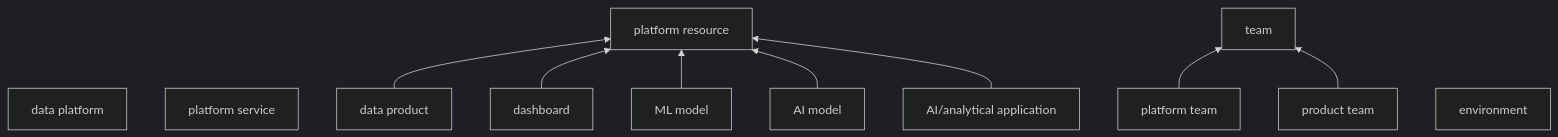
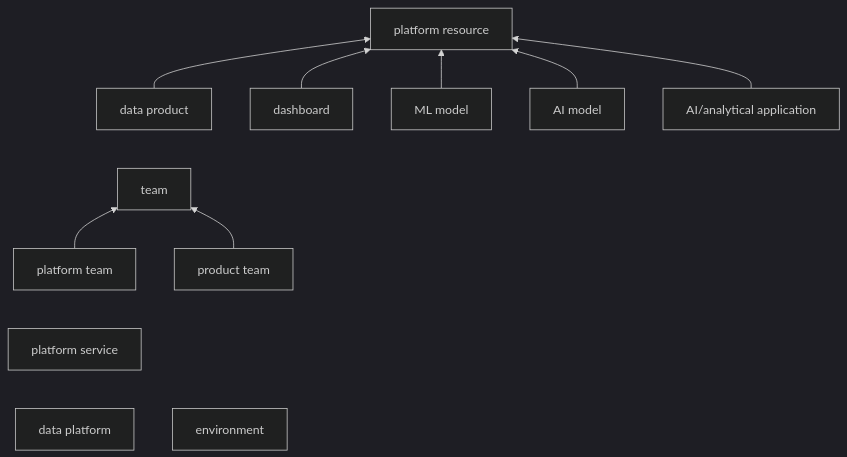
The first of 2 diagrams in data/AcmeDataPlatform/generated/level-1.md (belaboros/UserManualAndDomainAssistant), drawn with Mermaid (dark theme) before and after one commit. The commit also changed other lines of this file and 39 other files, not shown here.

First line of the commit message:
Idea 0001: AcmeDataPlatform level 3 environments, productionization, quality gates, budgets (S58-S65)

````diff
--- a/data/AcmeDataPlatform/generated/level-1.md
+++ b/data/AcmeDataPlatform/generated/level-1.md
@@ -152,22 +13,25 @@
 ```mermaid
 flowchart BT
-    DataPlatform["data platform"]
-    PlatformService["platform service"]
     PlatformResource["platform resource"]
     DataProduct["data product"]
     Dashboard["dashboard"]
     MLModel["ML model"]
     AIModel["AI model"]
     AIAnalyticalApplication["AI/analytical application"]
     Team["team"]
     PlatformTeam["platform team"]
     ProductTeam["product team"]
+    PlatformService["platform service"]
+    DataPlatform["data platform"]
     Environment["environment"]
     DataProduct --> PlatformResource
     Dashboard --> PlatformResource
     MLModel --> PlatformResource
     AIModel --> PlatformResource
     AIAnalyticalApplication --> PlatformResource
     PlatformTeam --> Team
     ProductTeam --> Team
+    Team ~~~ DataProduct
+    PlatformService ~~~ PlatformTeam
+    DataPlatform ~~~ PlatformService
 ```
````
